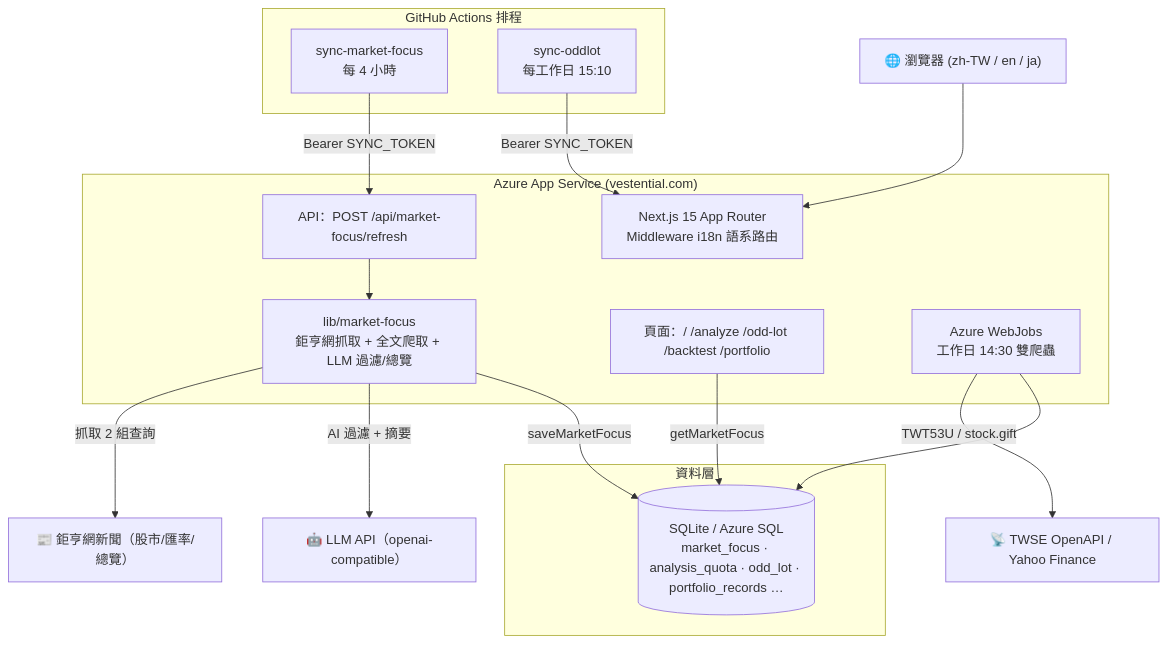
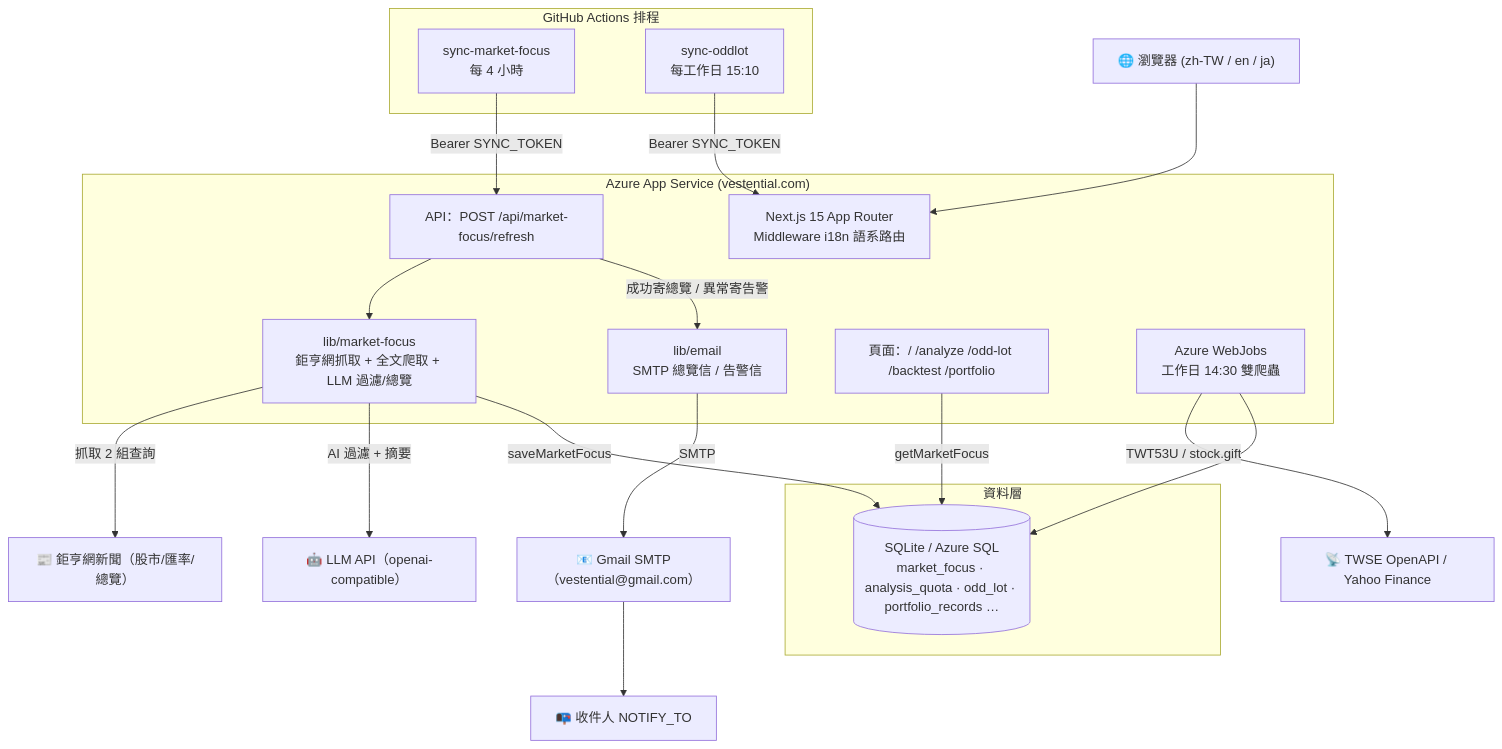
The diagram in README.md (YozoraRoy/vestential), drawn with Mermaid before and after one commit. The commit also changed other lines of this file and 6 other files, not shown here.

````diff
--- a/README.md
+++ b/README.md
@@ -130,36 +151,42 @@
 ```mermaid
 flowchart TB
     Browser["🌐 瀏覽器 (zh-TW / en / ja)"]
 
     subgraph Actions["GitHub Actions 排程"]
         MF_Cron["sync-market-focus<br/>每 4 小時"]
         ODD_Cron["sync-oddlot<br/>每工作日 15:10"]
     end
 
     subgraph Az["Azure App Service (vestential.com)"]
         Next["Next.js 15 App Router<br/>Middleware i18n 語系路由"]
         MF_Lib["lib/market-focus<br/>鉅亨網抓取 + 全文爬取 + LLM 過濾/總覽"]
         MF_API["API：POST /api/market-focus/refresh"]
+        Notify["lib/email<br/>SMTP 總覽信 / 告警信"]
         Pages["頁面：/ /analyze /odd-lot /backtest /portfolio"]
         WebJob["Azure WebJobs<br/>工作日 14:30 雙爬蟲"]
     end
 
     subgraph Data["資料層"]
         DB[("SQLite / Azure SQL<br/>market_focus · analysis_quota · odd_lot · portfolio_records …")]
     end
 
     GNews["📰 鉅亨網新聞（股市/匯率/總覽）"]
     LLM["🤖 LLM API（openai-compatible）"]
     MarketData["📡 TWSE OpenAPI / Yahoo Finance"]
+    Gmail["📧 Gmail SMTP（vestential@gmail.com）"]
+    Recipient["📭 收件人 NOTIFY_TO"]
 
     Browser --> Next
     MF_Cron -->|Bearer SYNC_TOKEN| MF_API
     ODD_Cron -->|Bearer SYNC_TOKEN| Next
     MF_API --> MF_Lib
+    MF_API -->|成功寄總覽 / 異常寄告警| Notify
     MF_Lib -->|抓取 2 組查詢| GNews
     MF_Lib -->|AI 過濾 + 摘要| LLM
     MF_Lib -->|saveMarketFocus| DB
     Pages -->|getMarketFocus| DB
     WebJob -->|TWT53U / stock.gift| MarketData
     WebJob --> DB
+    Notify -->|SMTP| Gmail
+    Gmail --> Recipient
 ```
````
